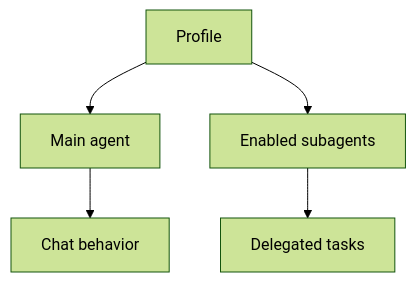
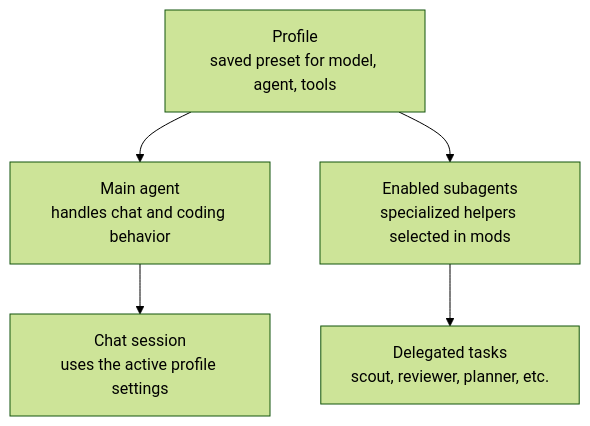
The diagram in README.md (CorneliusTantius/sandevistan-ai), drawn with Mermaid (forest theme) before and after one commit.

Commit message:
docs: enhance config hierarchy diagram

````diff
--- a/README.md
+++ b/README.md
@@ -46,7 +46,13 @@
 ```mermaid
 graph TD
-  Profile[Profile] --> Agent[Main agent]
-  Profile --> Subagents[Enabled subagents]
-  Agent --> Chat[Chat behavior]
-  Subagents --> Tasks[Delegated tasks]
+  Profile["Profile<br/>saved preset for model, agent, tools"]
+  Agent["Main agent<br/>handles chat and coding behavior"]
+  Subagents["Enabled subagents<br/>specialized helpers selected in mods"]
+  Chat["Chat session<br/>uses the active profile settings"]
+  Tasks["Delegated tasks<br/>scout, reviewer, planner, etc."]
+
+  Profile --> Agent
+  Profile --> Subagents
+  Agent --> Chat
+  Subagents --> Tasks
 ```
````
